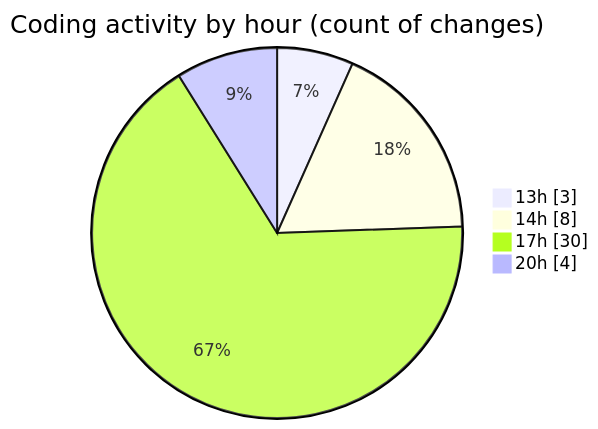
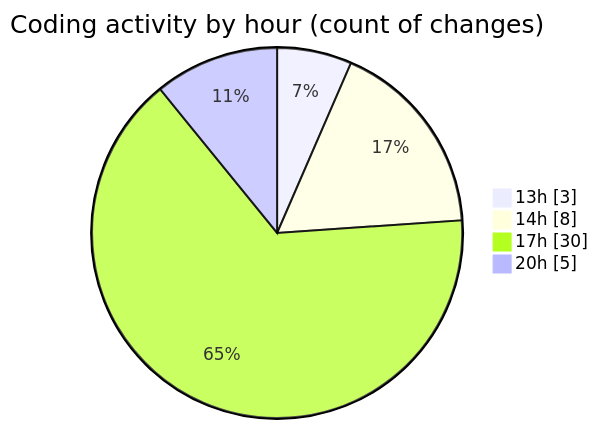
Before and after one commit to NitaiMahat/code-tracking: the second of 2 diagrams in 2025-02-04/recipe-page-main/README.md, drawn with Mermaid. The commit also changed other lines of this file and 1 other file, not shown here.

````diff
--- a/2025-02-04/recipe-page-main/README.md
+++ b/2025-02-04/recipe-page-main/README.md
@@ -30,8 +30,8 @@
 ```mermaid
 pie showData
 title Coding activity by hour (count of changes)
 "13h" : 3
 "14h" : 8
 "17h" : 30
-"20h" : 4
+"20h" : 5
 ```
````
